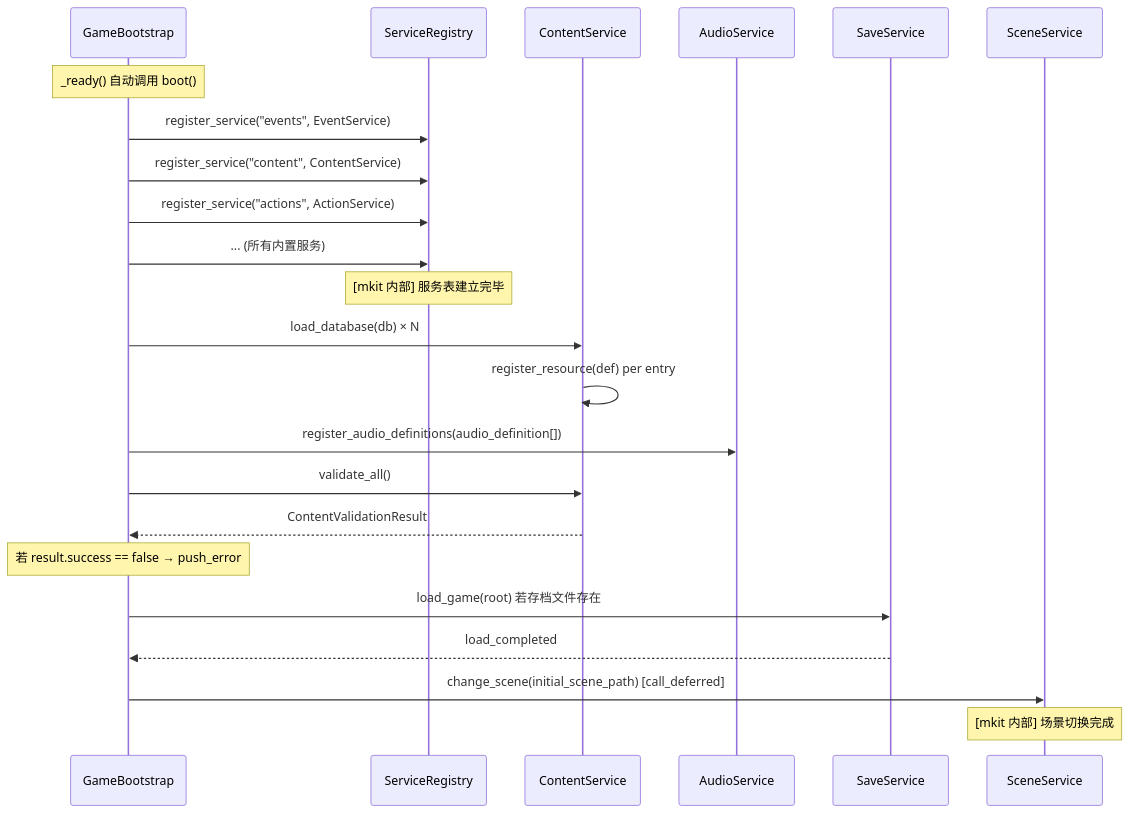
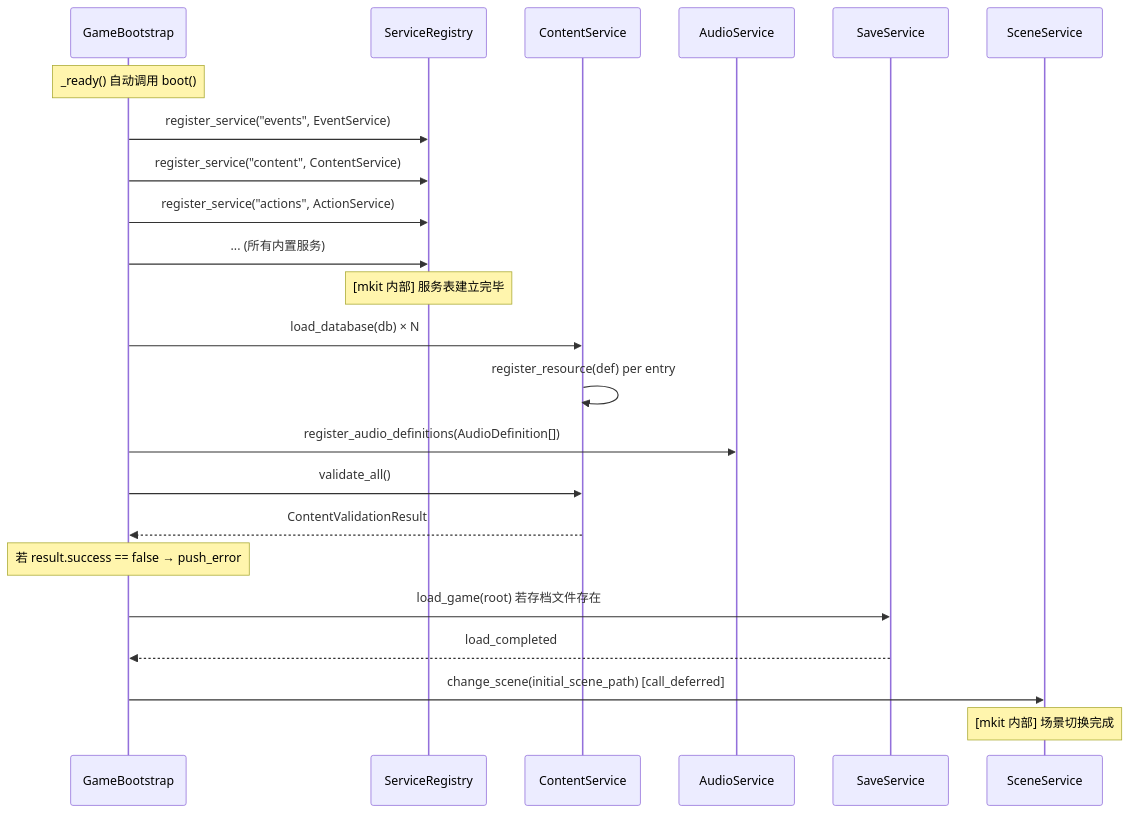
One commit to xiaofeiqiu/mkit changed the first of 20 diagrams in docs/pipeline.md. Above: the diagram before and after it, drawn with Mermaid. The commit also changed other lines of this file and 403 other files, not shown here.

````diff
--- a/docs/pipeline.md
+++ b/docs/pipeline.md
@@ -18,26 +18,26 @@
 ```mermaid
 sequenceDiagram
     participant GB as GameBootstrap
     participant SR as ServiceRegistry
     participant CS as ContentService
     participant AS as AudioService
     participant SS as SaveService
     participant SC as SceneService
 
     Note over GB: _ready() 自动调用 boot()
     GB->>SR: register_service("events", EventService)
     GB->>SR: register_service("content", ContentService)
     GB->>SR: register_service("actions", ActionService)
     GB->>SR: ... (所有内置服务)
     Note over SR: [mkit 内部] 服务表建立完毕
     GB->>CS: load_database(db) × N
     CS->>CS: register_resource(def) per entry
-    GB->>AS: register_audio_definitions(audio_definition[])
+    GB->>AS: register_audio_definitions(AudioDefinition[])
     GB->>CS: validate_all()
     CS-->>GB: ContentValidationResult
     Note over GB: 若 result.success == false → push_error
     GB->>SS: load_game(root) 若存档文件存在
     SS-->>GB: load_completed
     GB->>SC: change_scene(initial_scene_path)  [call_deferred]
     Note over SC: [mkit 内部] 场景切换完成
 ```
````
